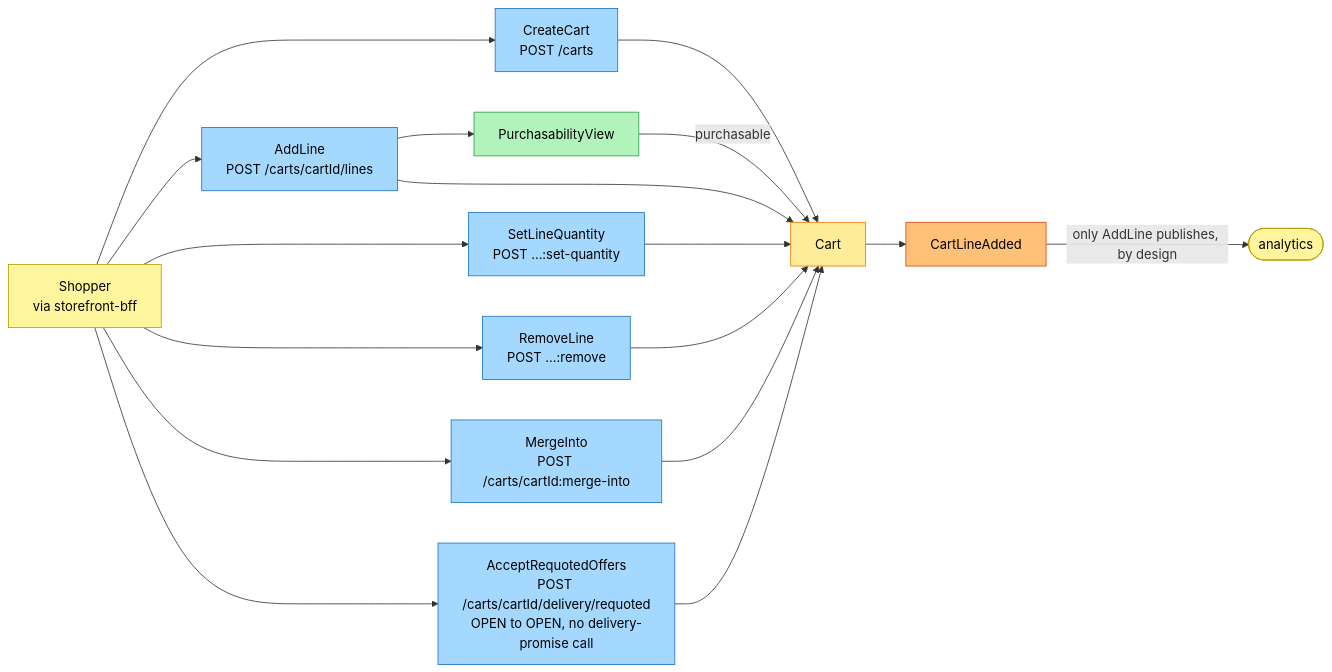
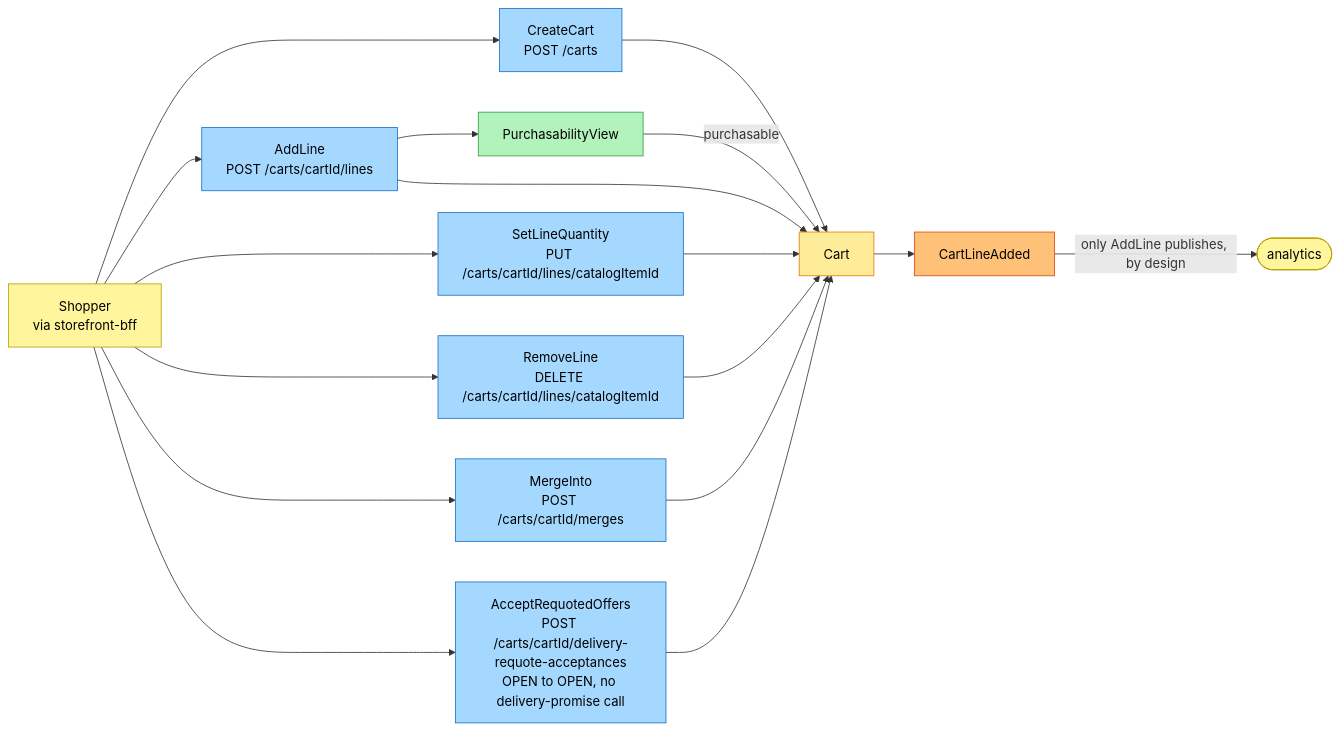
One commit to IQVO/shopping-cart changed the first of 4 diagrams in docs/docs/ddd/eventstorming.md. Above: the diagram before and after it, drawn with Mermaid. The commit also changed other lines of this file and 14 other files, not shown here.

First line of the commit message:
docs(shopping-cart): use the ADR 0008 route names in every page and diagram

````diff
--- a/docs/docs/ddd/eventstorming.md
+++ b/docs/docs/ddd/eventstorming.md
@@ -32,38 +32,38 @@
 ```mermaid
 flowchart LR
     S["Shopper<br/>via storefront-bff"]:::actor
     C0["CreateCart<br/>POST /carts"]:::command
     C1["AddLine<br/>POST /carts/cartId/lines"]:::command
-    C2["SetLineQuantity<br/>POST ...:set-quantity"]:::command
-    C3["RemoveLine<br/>POST ...:remove"]:::command
-    C4["MergeInto<br/>POST /carts/cartId:merge-into"]:::command
-    C4b["AcceptRequotedOffers<br/>POST /carts/cartId/delivery/requoted<br/>OPEN to OPEN, no delivery-promise call"]:::command
+    C2["SetLineQuantity<br/>PUT /carts/cartId/lines/catalogItemId"]:::command
+    C3["RemoveLine<br/>DELETE /carts/cartId/lines/catalogItemId"]:::command
+    C4["MergeInto<br/>POST /carts/cartId/merges"]:::command
+    C4b["AcceptRequotedOffers<br/>POST /carts/cartId/delivery-requote-acceptances<br/>OPEN to OPEN, no delivery-promise call"]:::command
     RM0["PurchasabilityView"]:::readmodel
     G1["Cart"]:::aggregate
     E1["CartLineAdded"]:::event
     AN(["analytics"]):::actor
 
     S --> C0
     S --> C1
     S --> C2
     S --> C3
     S --> C4
     S --> C4b
     C1 --> RM0
     RM0 -->|purchasable| G1
     C0 --> G1
     C1 --> G1
     C2 --> G1
     C3 --> G1
     C4 --> G1
     C4b --> G1
     G1 --> E1
     E1 -->|only AddLine publishes, by design| AN
 
     classDef actor fill:#fff59d,stroke:#b59f00,color:#000
     classDef command fill:#a5d8ff,stroke:#1971c2,color:#000
     classDef aggregate fill:#ffec99,stroke:#e67700,color:#000
     classDef event fill:#ffc078,stroke:#d9480f,color:#000
     classDef readmodel fill:#b2f2bb,stroke:#2f9e44,color:#000
     classDef hotspot fill:#ff8787,stroke:#c92a2a,color:#000
 ```
````
